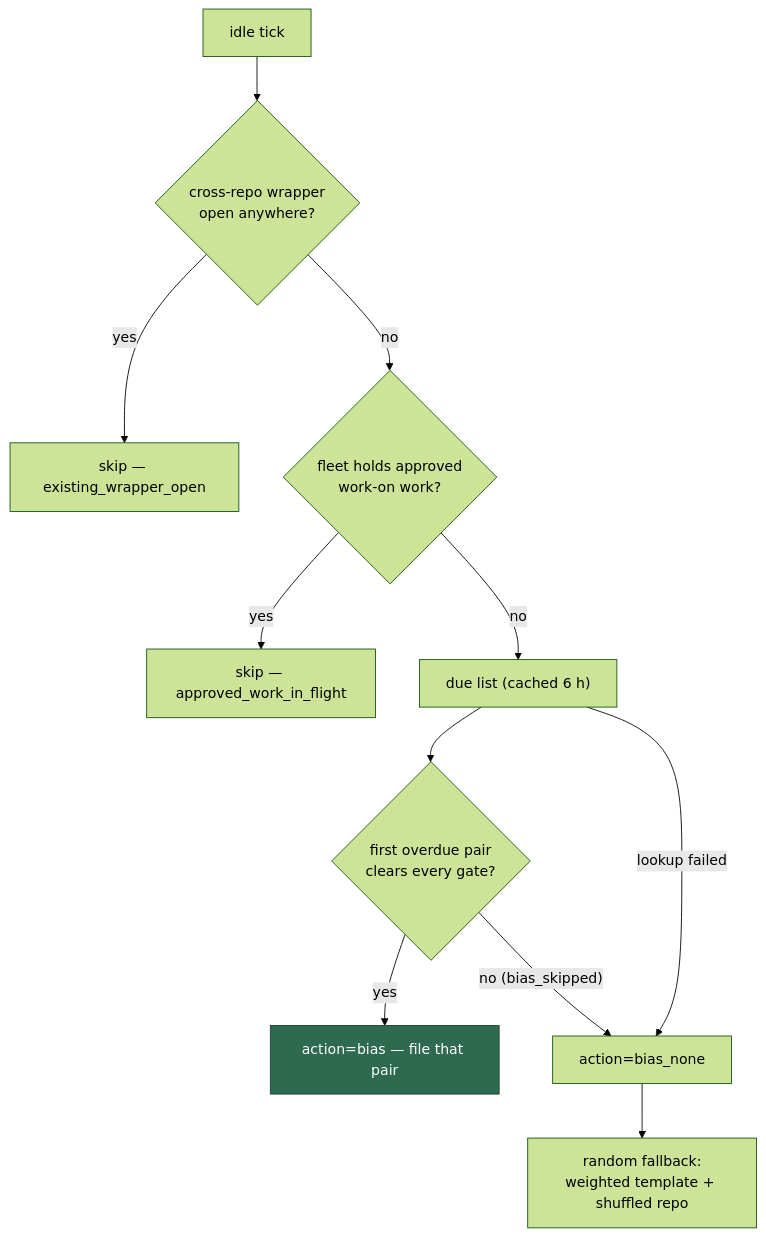
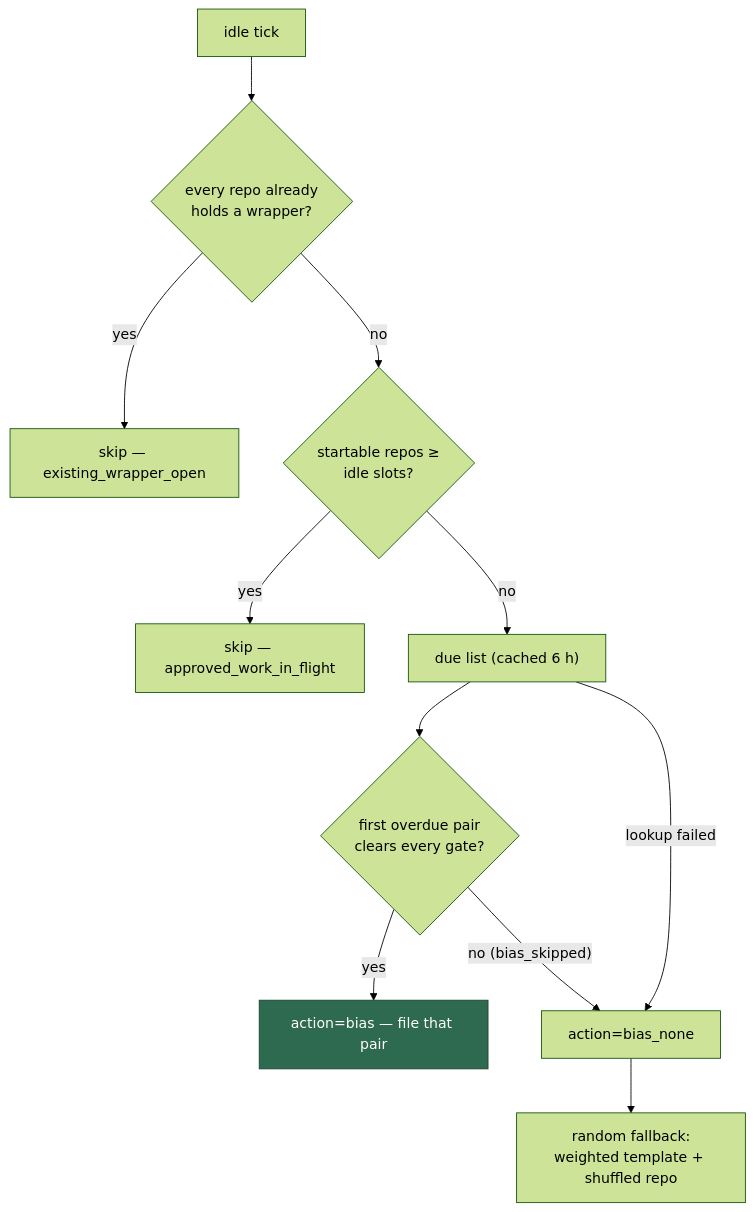
Before and after one commit to stSoftwareAU/VibeCoder: diagram 11 of 17 in docs/IDLE-TASK-FRAMEWORK.md, drawn with Mermaid (forest theme). The commit also changed other lines of this file and 15 other files, not shown here.

First line of the commit message:
fix: raise an idle task per empty repository, not one per fleet (Issue #1083)

````diff
--- a/docs/IDLE-TASK-FRAMEWORK.md
+++ b/docs/IDLE-TASK-FRAMEWORK.md
@@ -1555,14 +1599,14 @@
 ```mermaid
 flowchart TD
-    T["idle tick"] --> X{"cross-repo wrapper<br/>open anywhere?"}
+    T["idle tick"] --> X{"every repo already<br/>holds a wrapper?"}
     X -- yes --> S1["skip — existing_wrapper_open"]
-    X -- no --> F{"fleet holds approved<br/>work-on work?"}
+    X -- no --> F{"startable repos ≥<br/>idle slots?"}
     F -- yes --> S2["skip — approved_work_in_flight"]
     F -- no --> D["due list (cached 6 h)"]
     D --> G{"first overdue pair<br/>clears every gate?"}
     G -- yes --> B["action=bias — file that pair"]
     G -- "no (bias_skipped)" --> N["action=bias_none"]
     D -- "lookup failed" --> N
     N --> R["random fallback:<br/>weighted template + shuffled repo"]
     style B fill:#2d6a4f,stroke:#1b4332,color:#fff
 ```
````
